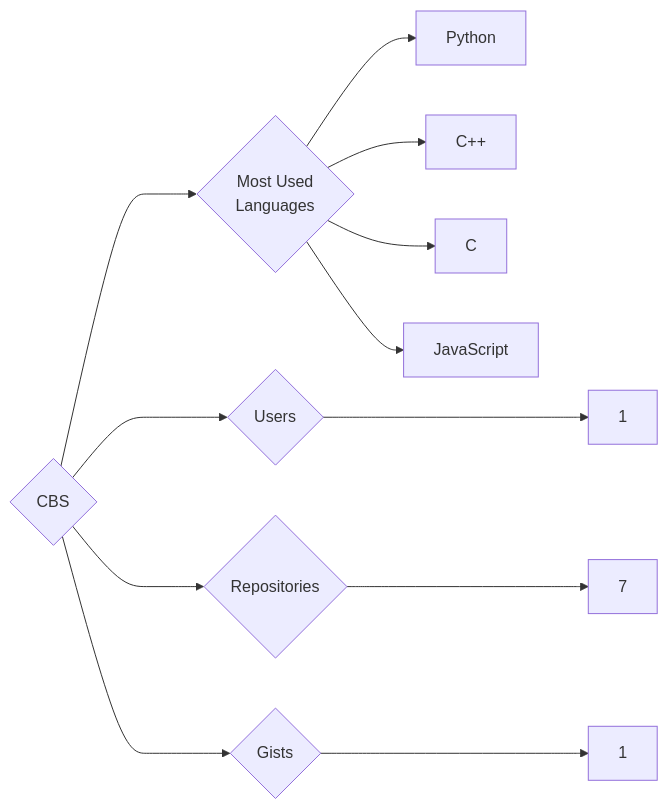
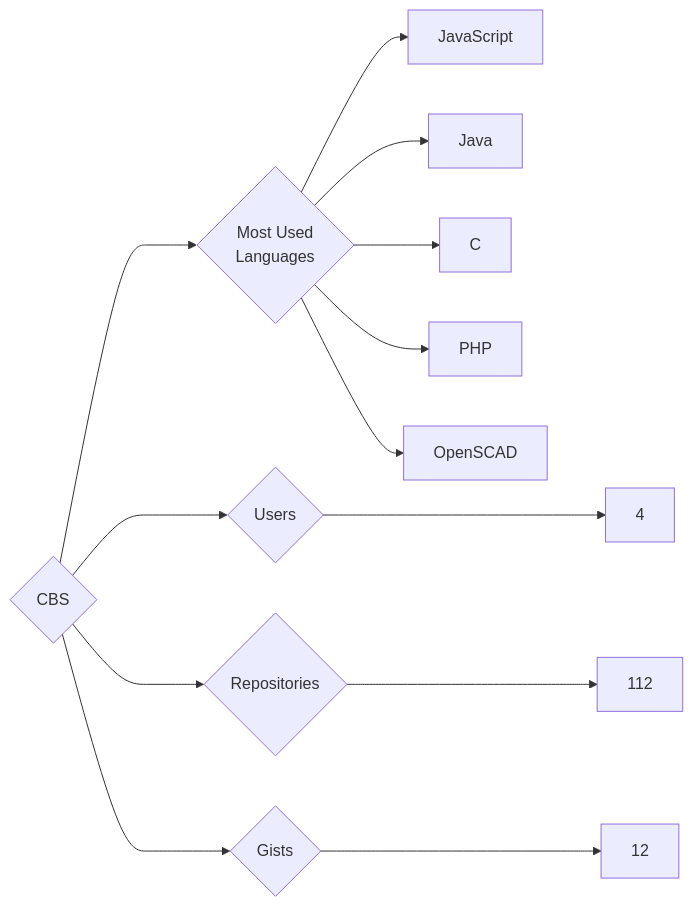
One commit to trickest/insiders changed the diagram in targets/CBS/README.md. Above: the diagram before and after it, drawn with Mermaid. The commit also changed 1167 other files, not shown here.

````diff
--- a/targets/CBS/README.md
+++ b/targets/CBS/README.md
@@ -3,12 +3,13 @@
 ```mermaid
 graph LR
 COMPANY_NAME{CBS}
-COMPANY_NAME ---> U{Users} ---> UN[1]
-COMPANY_NAME ---> R{Repositories} ---> RN[7]
-COMPANY_NAME ---> G{Gists} ---> GN[1]
+COMPANY_NAME ---> U{Users} ---> UN[4]
+COMPANY_NAME ---> R{Repositories} ---> RN[112]
+COMPANY_NAME ---> G{Gists} ---> GN[12]
 COMPANY_NAME ---> ML{Most Used<br>Languages}
-ML --> Python[Python]
-ML --> C++[C++]
+ML --> JavaScript[JavaScript]
+ML --> Java[Java]
 ML --> C[C]
-ML --> JavaScript[JavaScript]
+ML --> PHP[PHP]
+ML --> OpenSCAD[OpenSCAD]
 ```
````
